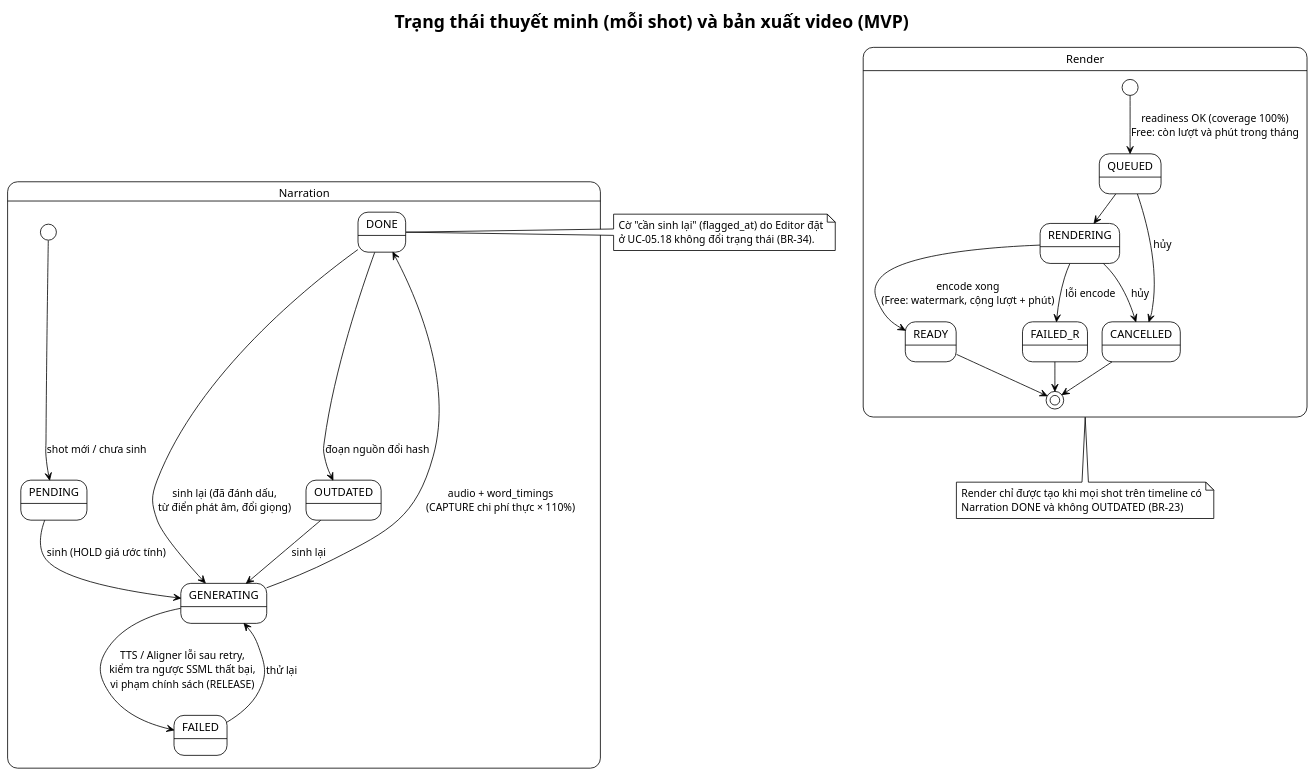
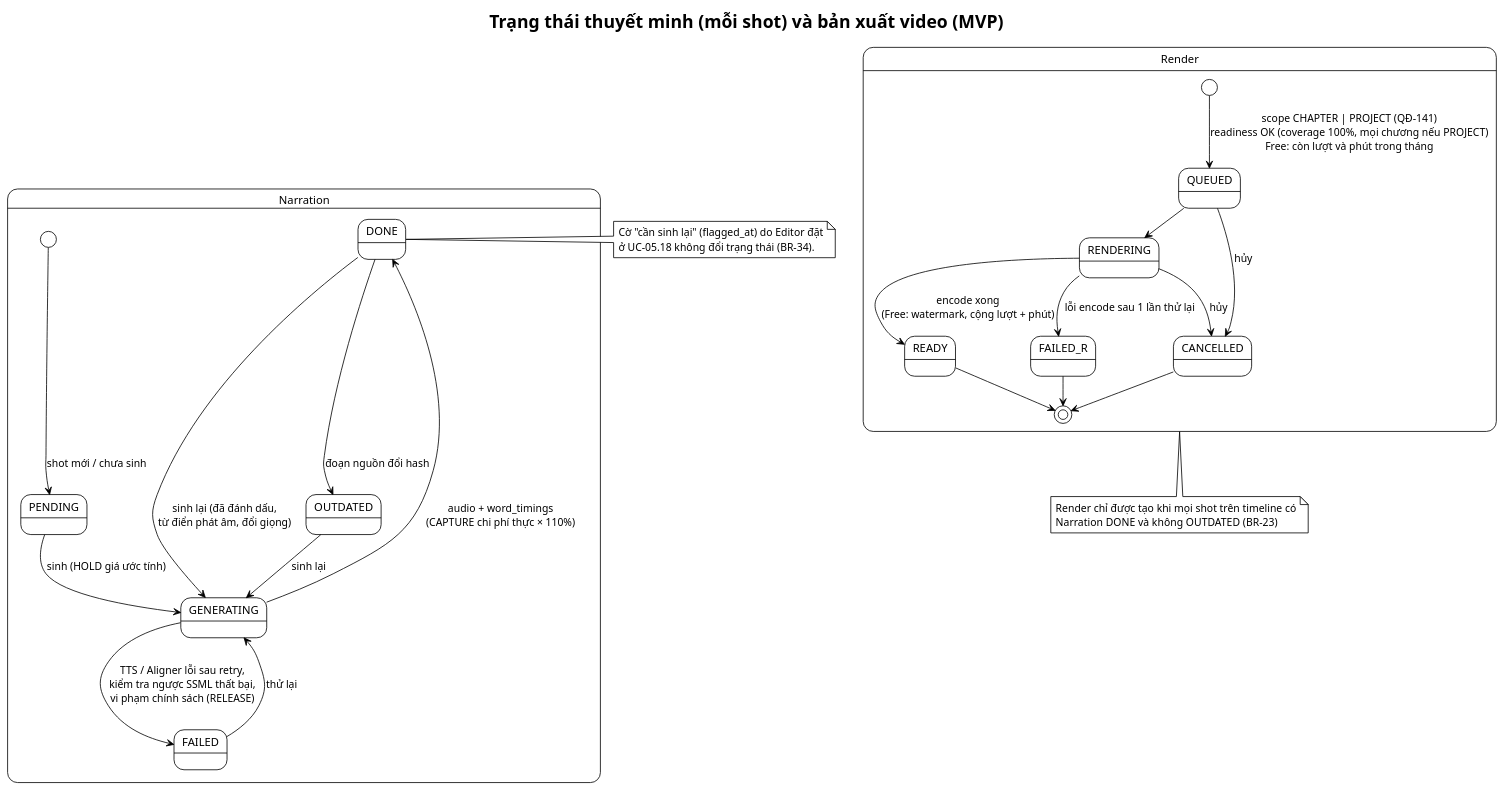
The diagram in demo-c2story/so-do/mvp/06-trang-thai/state-narration-render-mvp.puml (202416852-anhpv/story2video-docs), drawn with PlantUML before and after one commit. The commit also changed 55 other files, not shown here.

```diff
--- a/demo-c2story/so-do/mvp/06-trang-thai/state-narration-render-mvp.puml
+++ b/demo-c2story/so-do/mvp/06-trang-thai/state-narration-render-mvp.puml
@@ -1,36 +1,36 @@
 @startuml State_NarrationRender_MVP
 !theme plain
 skinparam defaultFontName "Segoe UI"
 title Trạng thái thuyết minh (mỗi shot) và bản xuất video (MVP)
 
 state Narration {
     [*] --> PENDING : shot mới / chưa sinh
     PENDING --> GENERATING : sinh (HOLD giá ước tính)
     GENERATING --> DONE : audio + word_timings\n(CAPTURE chi phí thực × 110%)
     GENERATING --> FAILED : TTS / Aligner lỗi sau retry,\nkiểm tra ngược SSML thất bại,\nvi phạm chính sách (RELEASE)
     DONE --> GENERATING : sinh lại (đã đánh dấu,\ntừ điển phát âm, đổi giọng)
     FAILED --> GENERATING : thử lại
     DONE --> OUTDATED : đoạn nguồn đổi hash
     OUTDATED --> GENERATING : sinh lại
 }
 note right of DONE
   Cờ "cần sinh lại" (flagged_at) do Editor đặt
   ở UC-05.18 không đổi trạng thái (BR-34).
 end note
 
 state Render {
-    [*] --> QUEUED : readiness OK (coverage 100%)\nFree: còn lượt và phút trong tháng
+    [*] --> QUEUED : scope CHAPTER | PROJECT (QĐ-141)\nreadiness OK (coverage 100%, mọi chương nếu PROJECT)\nFree: còn lượt và phút trong tháng
     QUEUED --> RENDERING
     RENDERING --> READY : encode xong\n(Free: watermark, cộng lượt + phút)
-    RENDERING --> FAILED_R : lỗi encode
+    RENDERING --> FAILED_R : lỗi encode sau 1 lần thử lại
     QUEUED --> CANCELLED : hủy
     RENDERING --> CANCELLED : hủy
     READY --> [*]
     FAILED_R --> [*]
     CANCELLED --> [*]
 }
 note bottom of Render
   Render chỉ được tạo khi mọi shot trên timeline có
   Narration DONE và không OUTDATED (BR-23)
 end note
 @enduml
```
